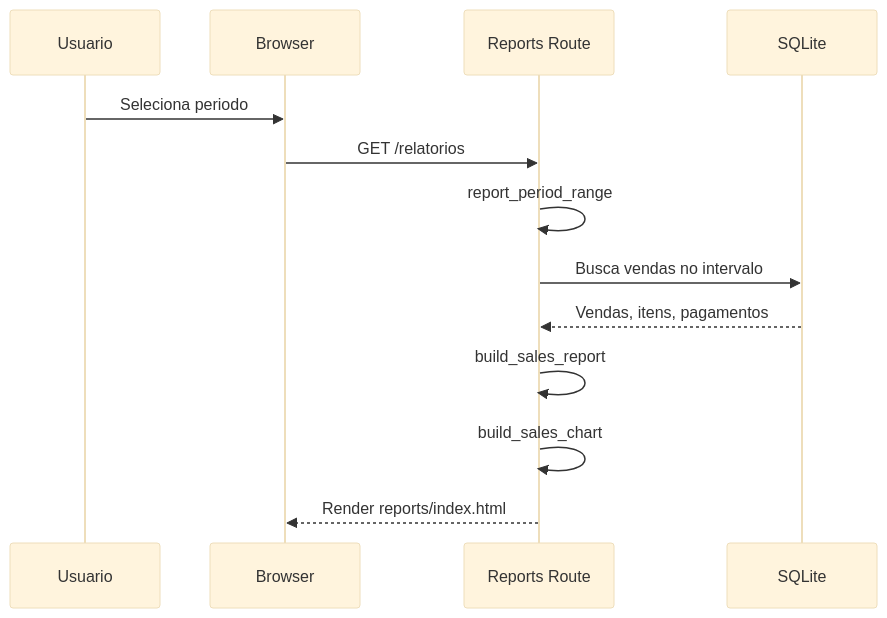
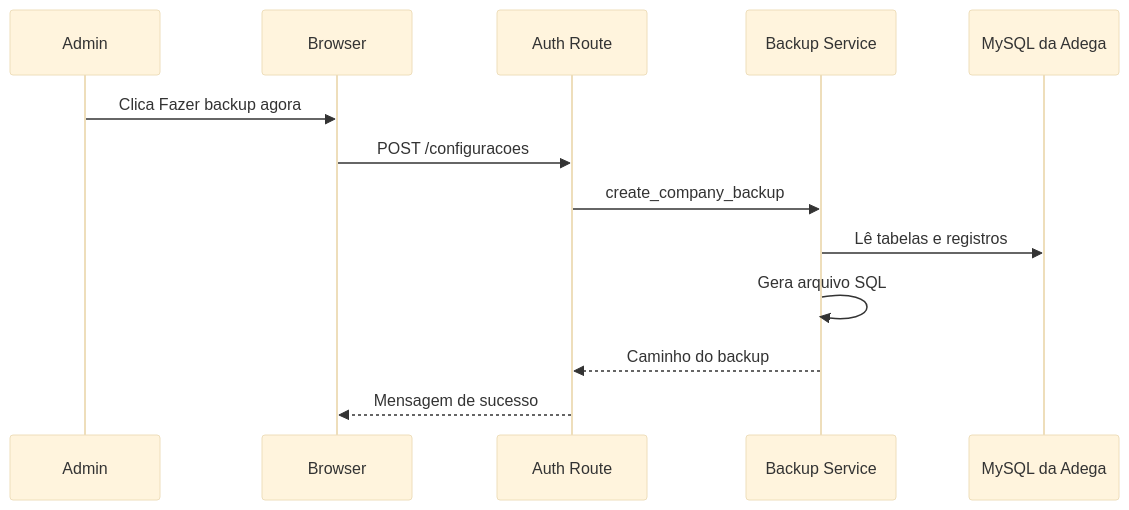
The sixth of 6 diagrams in docs/20-diagrama-sequencia.md (RafaelBG7/pdv2026), drawn with Mermaid (base theme) before and after one commit. The commit also changed other lines of this file and 82 other files, not shown here.

````diff
--- a/docs/20-diagrama-sequencia.md
+++ b/docs/20-diagrama-sequencia.md
@@ -100,15 +119,15 @@
 ```mermaid
 sequenceDiagram
-    participant U as Usuario
+    participant A as Admin
     participant B as Browser
-    participant R as Reports Route
-    participant DB as SQLite
-    U->>B: Seleciona periodo
-    B->>R: GET /relatorios
-    R->>R: report_period_range
-    R->>DB: Busca vendas no intervalo
-    DB-->>R: Vendas, itens, pagamentos
-    R->>R: build_sales_report
-    R->>R: build_sales_chart
-    R-->>B: Render reports/index.html
+    participant R as Auth Route
+    participant BK as Backup Service
+    participant D as MySQL da Adega
+    A->>B: Clica Fazer backup agora
+    B->>R: POST /configuracoes
+    R->>BK: create_company_backup
+    BK->>D: Lê tabelas e registros
+    BK->>BK: Gera arquivo SQL
+    BK-->>R: Caminho do backup
+    R-->>B: Mensagem de sucesso
 ```
````
